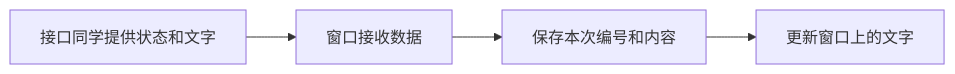
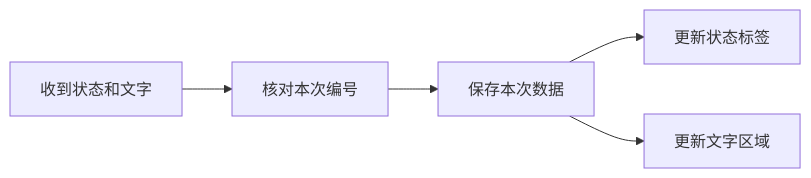
One commit to dreamcather726/ai-interaction-ui changed the diagram in docs/知识点/第二周/机器人可视化与监控工程师｜第二周专业知识自学清单.md. Above: the diagram before and after it, drawn with Mermaid. The commit also changed other lines of this file and 8 other files, not shown here.

````diff
--- a/docs/知识点/第二周/机器人可视化与监控工程师｜第二周专业知识自学清单.md
+++ b/docs/知识点/第二周/机器人可视化与监控工程师｜第二周专业知识自学清单.md
@@ -9,6 +9,7 @@
 ```mermaid
 flowchart LR
-    A[接口同学提供状态和文字] --> B[窗口接收数据]
-    B --> C[保存本次编号和内容]
-    C --> D[更新窗口上的文字]
+    A[收到状态和文字] --> B[核对本次编号]
+    B --> C[保存本次数据]
+    C --> D[更新状态标签]
+    C --> E[更新文字区域]
 ```
````
